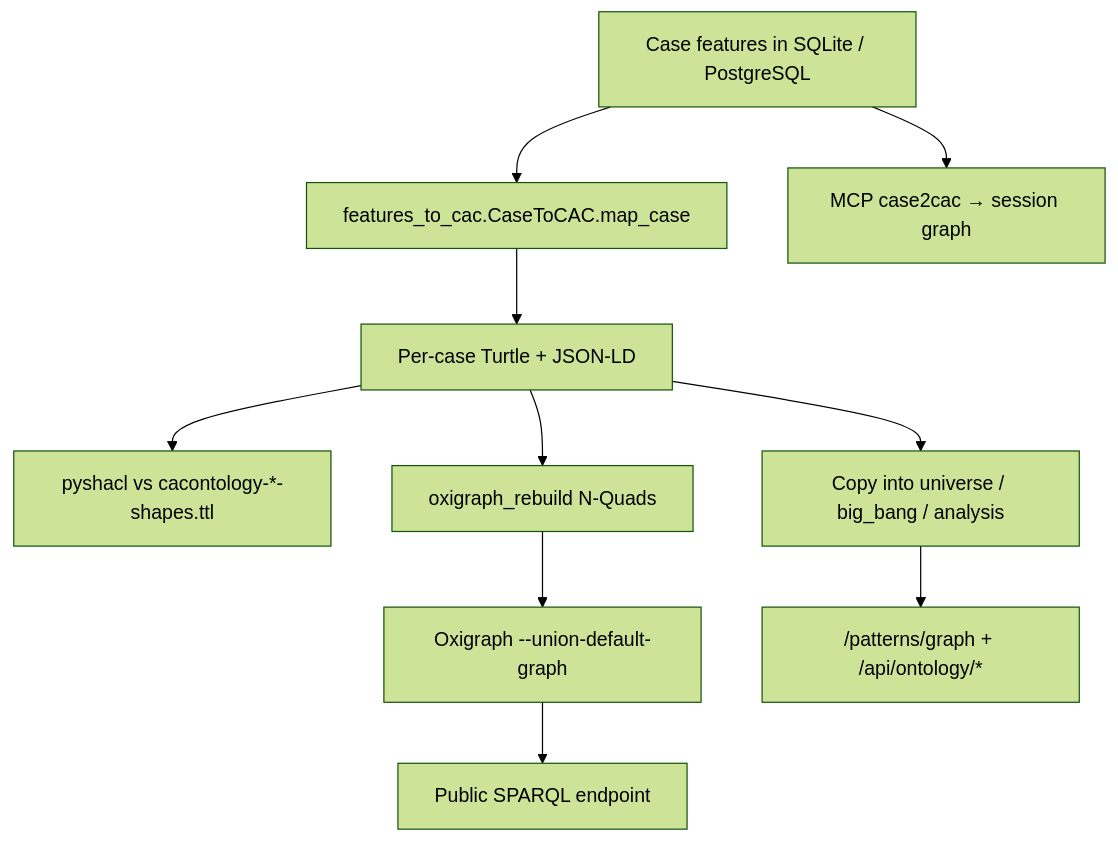
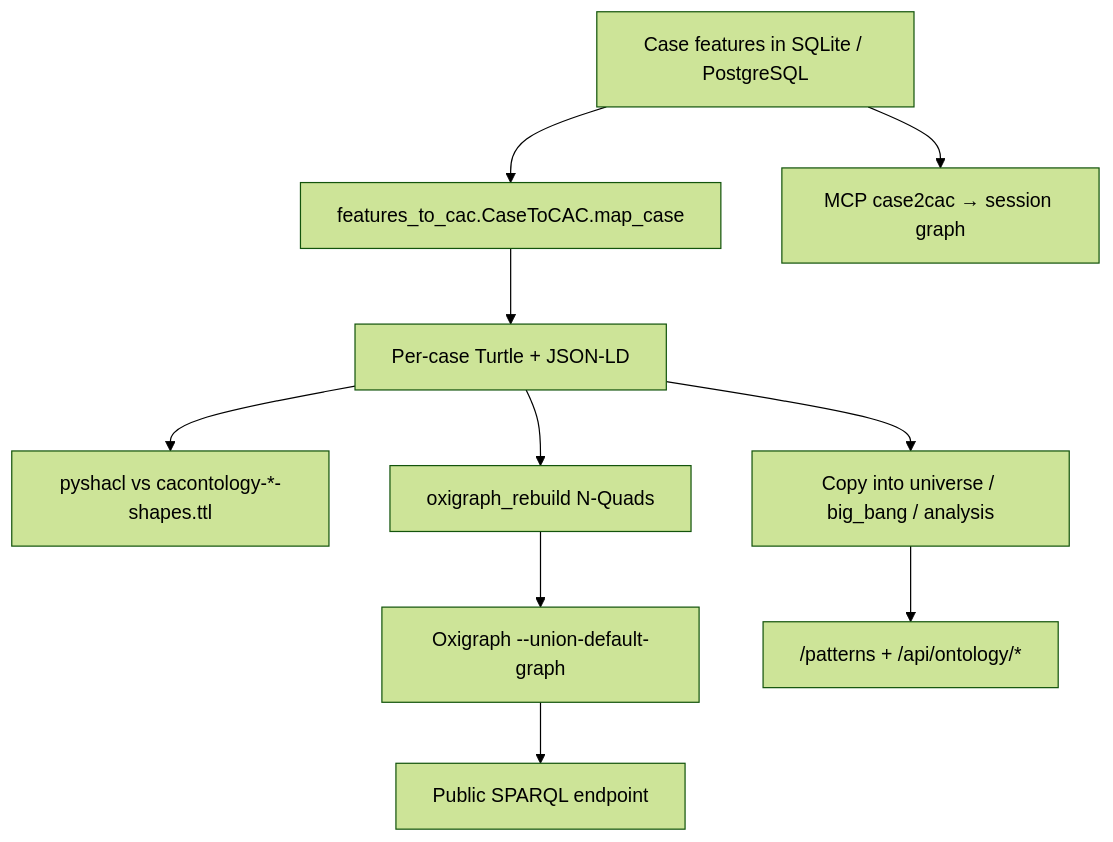
One commit to mrinaalr/CaseLinker changed the second of 2 diagrams in ontology/README.md. Above: the diagram before and after it, drawn with Mermaid (forest theme). The commit also changed other lines of this file and 27 other files, not shown here.

Commit message:
Ontology & Graph explorer

````diff
--- a/ontology/README.md
+++ b/ontology/README.md
@@ -69,19 +69,19 @@
 ```mermaid
 flowchart TD
   db["Case features in SQLite / PostgreSQL"]
   map["features_to_cac.CaseToCAC.map_case"]
   rdf["Per-case Turtle + JSON-LD"]
   shacl["pyshacl vs cacontology-*-shapes.ttl"]
   pools["Copy into universe / big_bang / analysis"]
   nq["oxigraph_rebuild N-Quads"]
   ox["Oxigraph --union-default-graph"]
   sparql["Public SPARQL endpoint"]
-  viz["/patterns/graph + /api/ontology/*"]
+  viz["/patterns + /api/ontology/*"]
   mcp["MCP case2cac → session graph"]
 
   db --> map --> rdf --> shacl
   rdf --> pools
   rdf --> nq --> ox --> sparql
   pools --> viz
   db --> mcp
 ```
````
